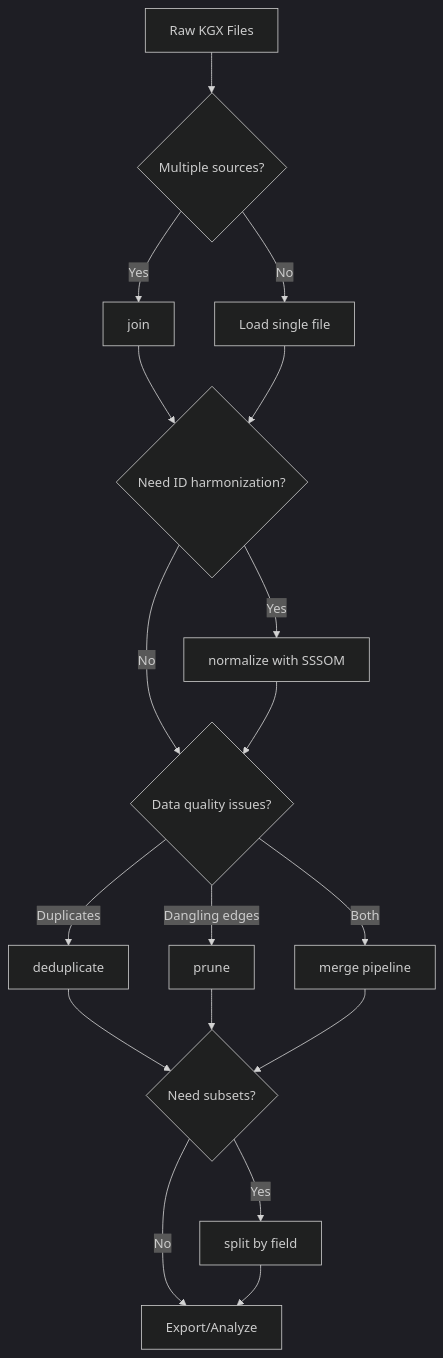
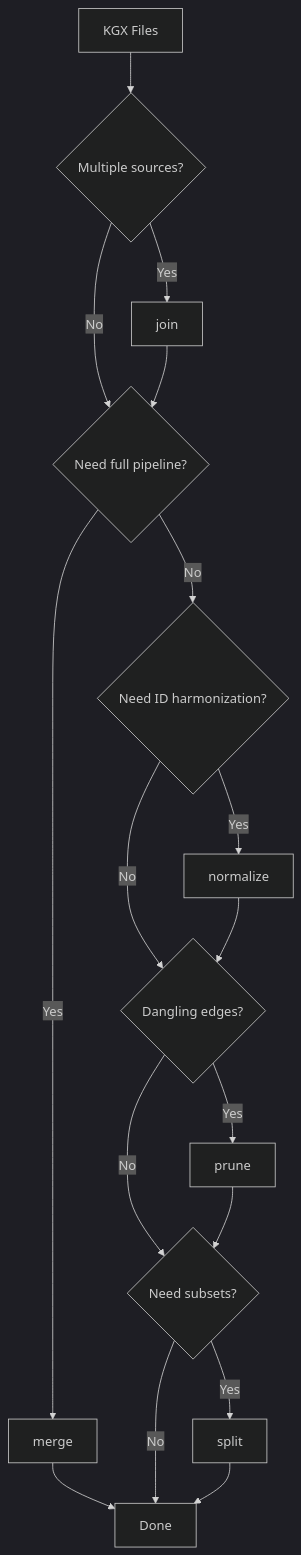
Before and after one commit to monarch-initiative/koza: the diagram in docs/graph-operations/index.md, drawn with Mermaid (dark theme). The commit also changed other lines of this file and 19 other files, not shown here.

````diff
--- a/docs/graph-operations/index.md
+++ b/docs/graph-operations/index.md
@@ -18,20 +18,19 @@
 ```mermaid
-graph TD
-    A[Raw KGX Files] --> B{Multiple sources?}
+flowchart TD
+    A[KGX Files] --> B{Multiple sources?}
     B -->|Yes| C[join]
-    B -->|No| D[Load single file]
-    C --> E{Need ID harmonization?}
-    D --> E
-    E -->|Yes| F[normalize with SSSOM]
-    E -->|No| G{Data quality issues?}
-    F --> G
-    G -->|Duplicates| H[deduplicate]
-    G -->|Dangling edges| I[prune]
-    G -->|Both| J[merge pipeline]
-    H --> K{Need subsets?}
-    I --> K
+    B -->|No| D{Need full pipeline?}
+    C --> D
+    D -->|Yes| E[merge]
+    D -->|No| F{Need ID harmonization?}
+    E --> G[Done]
+    F -->|Yes| H[normalize]
+    F -->|No| I{Dangling edges?}
+    H --> I
+    I -->|Yes| J[prune]
+    I -->|No| K{Need subsets?}
     J --> K
-    K -->|Yes| L[split by field]
-    K -->|No| M[Export/Analyze]
-    L --> M
+    K -->|Yes| L[split]
+    K -->|No| G
+    L --> G
 ```
````
